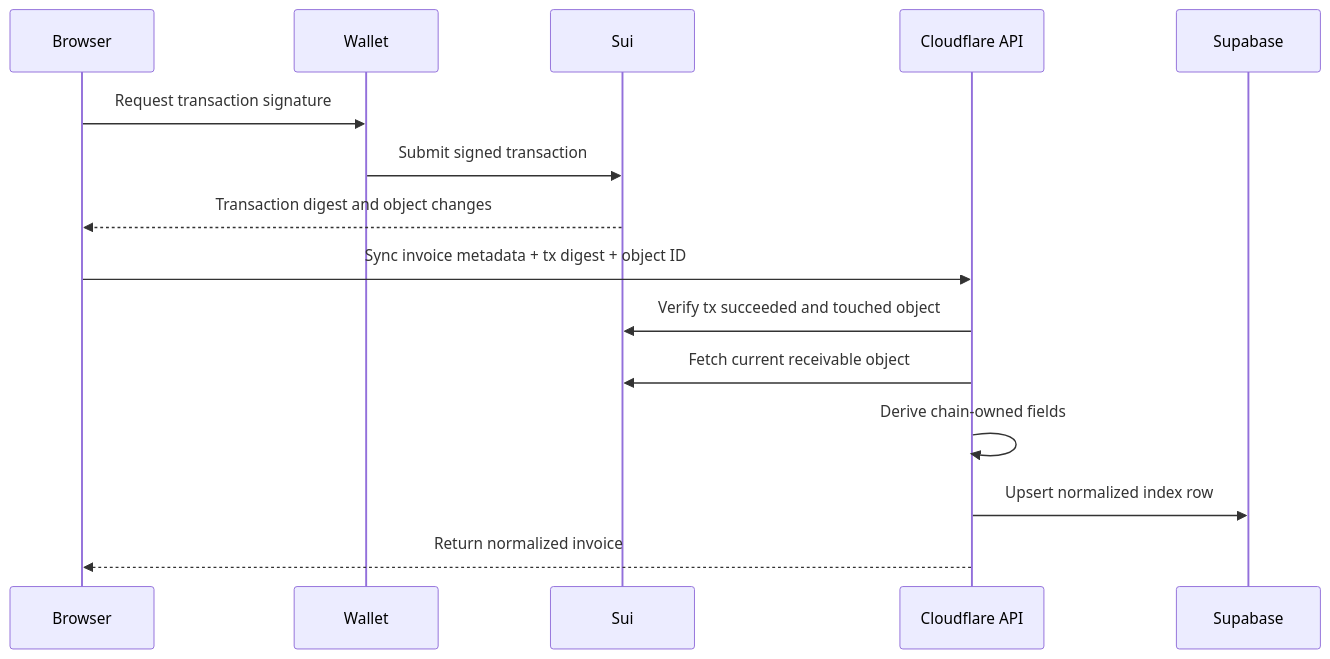
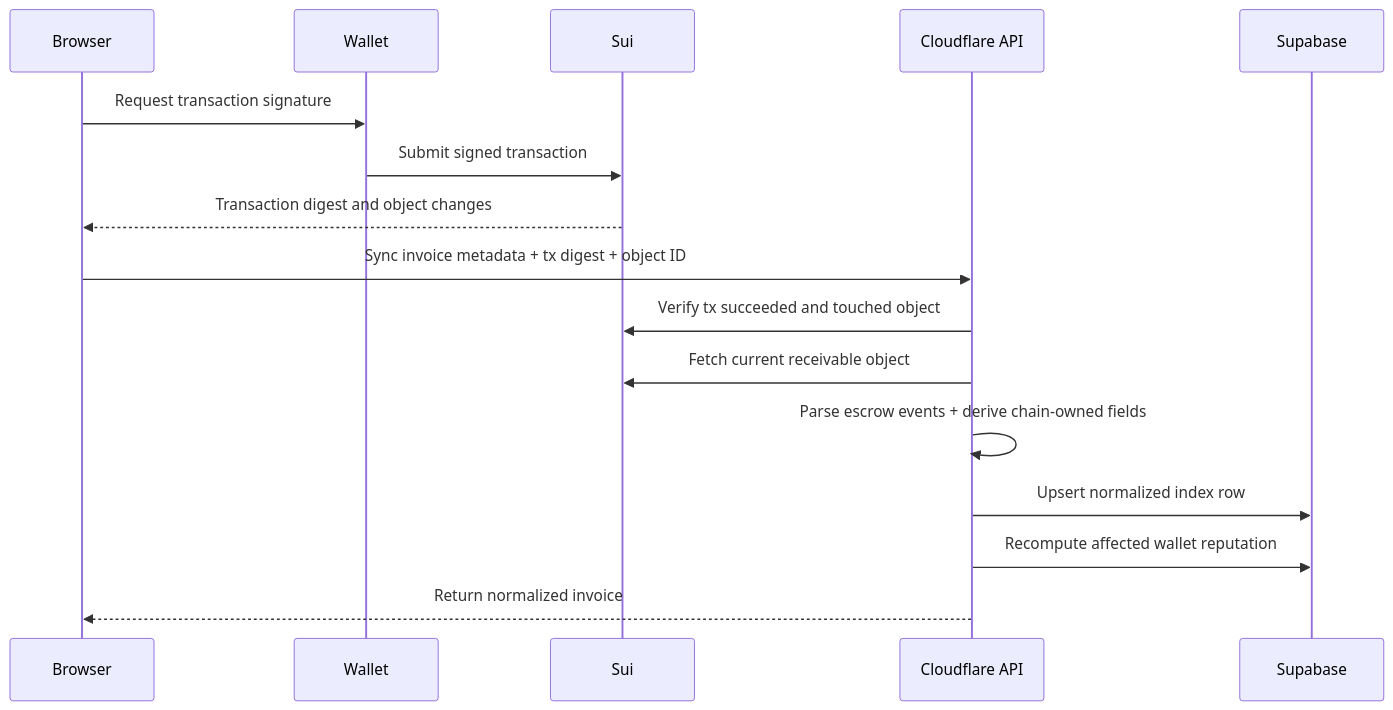
Before and after one commit to HarshMakadiya/invonft-sui-receivables: the second of 4 diagrams in SYSTEM_DESIGN.md, drawn with Mermaid. The commit also changed other lines of this file and 11 other files, not shown here.

````diff
--- a/SYSTEM_DESIGN.md
+++ b/SYSTEM_DESIGN.md
@@ -108,18 +118,19 @@
 ```mermaid
 sequenceDiagram
   participant B as Browser
   participant W as Wallet
   participant S as Sui
   participant A as Cloudflare API
   participant D as Supabase
 
   B->>W: Request transaction signature
   W->>S: Submit signed transaction
   S-->>B: Transaction digest and object changes
   B->>A: Sync invoice metadata + tx digest + object ID
   A->>S: Verify tx succeeded and touched object
   A->>S: Fetch current receivable object
-  A->>A: Derive chain-owned fields
+  A->>A: Parse escrow events + derive chain-owned fields
   A->>D: Upsert normalized index row
+  A->>D: Recompute affected wallet reputation
   A-->>B: Return normalized invoice
 ```
````
